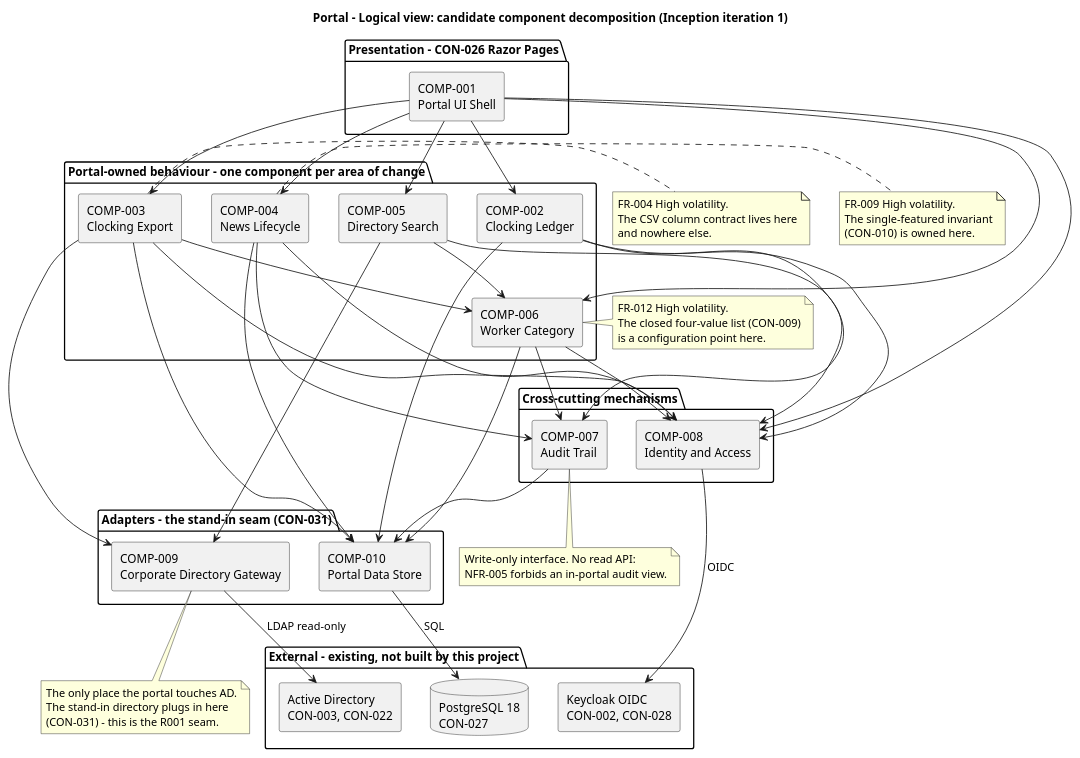
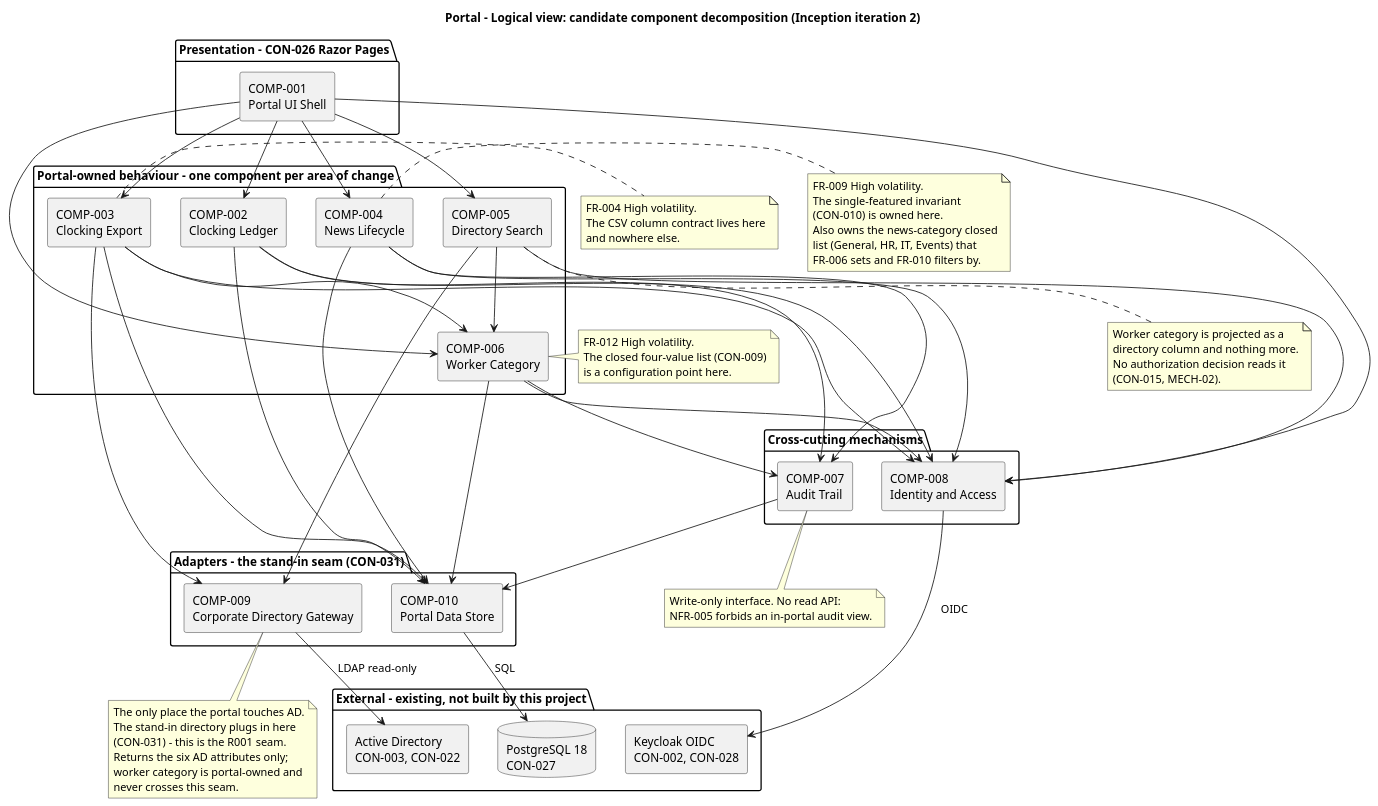
One commit to banense-test/portal changed the fifth of 9 diagrams in docs/artifacts/analysis---design/software-architecture-document.md. Above: the diagram before and after it, drawn with PlantUML. The commit also changed other lines of this file, not shown here.

First line of the commit message:
Software Architect [I2]: upsert Software Architecture Document

````diff
--- a/docs/artifacts/analysis---design/software-architecture-document.md
+++ b/docs/artifacts/analysis---design/software-architecture-document.md
@@ -631,6 +630,6 @@
 ```plantuml
 @startuml
-title Portal - Logical view: candidate component decomposition (Inception iteration 1)
+title Portal - Logical view: candidate component decomposition (Inception iteration 2)
 
 skinparam componentStyle rectangle
 
@@ -704,16 +703,28 @@
   FR-009 High volatility.
   The single-featured invariant
   (CON-010) is owned here.
+  Also owns the news-category closed
+  list (General, HR, IT, Events) that
+  FR-006 sets and FR-010 filters by.
 end note
 note right of C006
   FR-012 High volatility.
   The closed four-value list (CON-009)
   is a configuration point here.
 end note
+note bottom of C005
+  Worker category is projected as a
+  directory column and nothing more.
+  No authorization decision reads it
+  (CON-015, MECH-02).
+end note
 note bottom of C009
   The only place the portal touches AD.
   The stand-in directory plugs in here
   (CON-031) - this is the R001 seam.
+  Returns the six AD attributes only;
+  worker category is portal-owned and
+  never crosses this seam.
 end note
 note bottom of C007
   Write-only interface. No read API:
````
